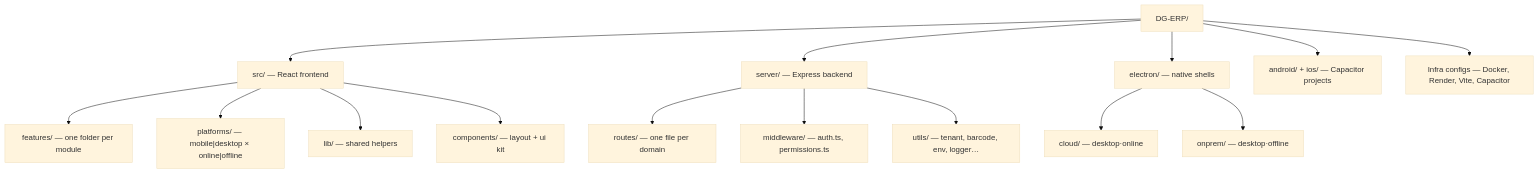
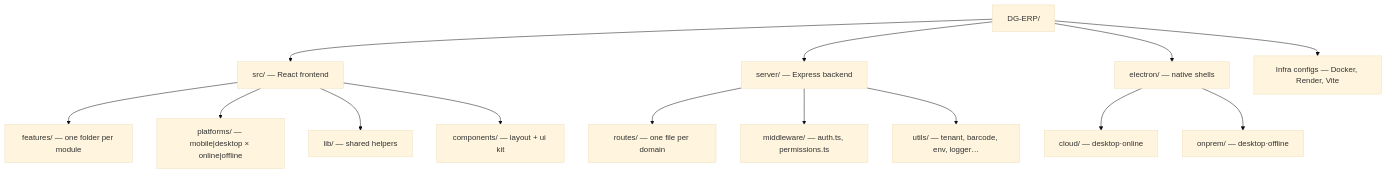
Before and after one commit to prathame/DG-ERP: the first of 2 diagrams in engineering-academy/docs/overview/folder-structure.md, drawn with Mermaid (base theme). The commit also changed other lines of this file and 65 other files, not shown here.

````diff
--- a/engineering-academy/docs/overview/folder-structure.md
+++ b/engineering-academy/docs/overview/folder-structure.md
@@ -40,20 +39,19 @@
 ```mermaid
 flowchart TB
     Root["DG-ERP/"] --> Src["src/ — React frontend"]
     Root --> Server["server/ — Express backend"]
     Root --> Electron["electron/ — native shells"]
-    Root --> Native["android/ + ios/ — Capacitor projects"]
-    Root --> Infra["Infra configs — Docker, Render, Vite, Capacitor"]
+    Root --> Infra["Infra configs — Docker, Render, Vite"]
 
     Src --> Features["features/ — one folder per module"]
     Src --> Platforms["platforms/ — mobile|desktop × online|offline"]
     Src --> Lib["lib/ — shared helpers"]
     Src --> Components["components/ — layout + ui kit"]
 
     Server --> Routes["routes/ — one file per domain"]
     Server --> Middleware["middleware/ — auth.ts, permissions.ts"]
     Server --> Utils["utils/ — tenant, barcode, env, logger…"]
 
     Electron --> Cloud2["cloud/ — desktop·online"]
     Electron --> Onprem2["onprem/ — desktop·offline"]
 ```
````
